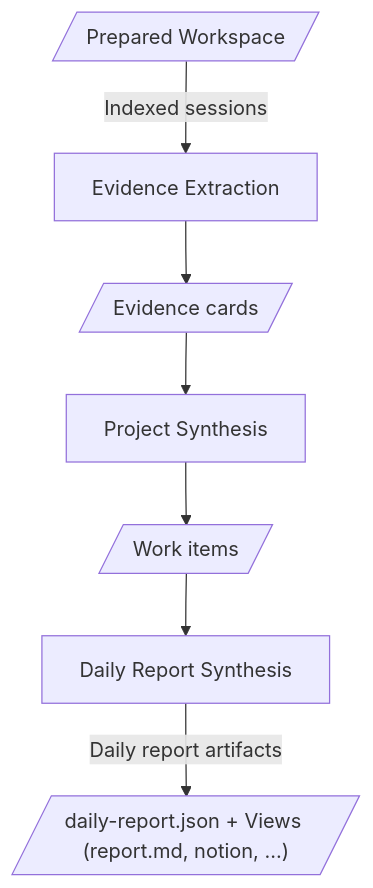
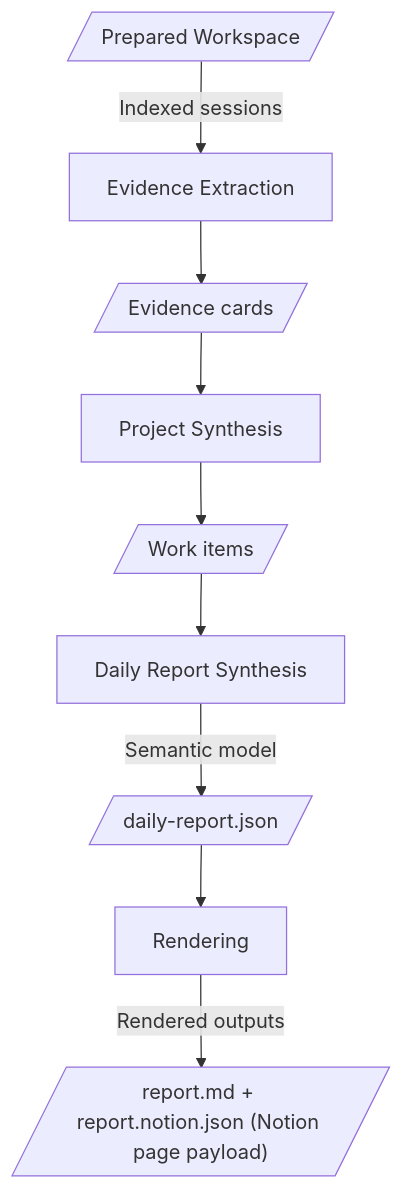
Before and after one commit to OptimalCNC/prompt-diary: the diagram in docs/src/generate/index.md, drawn with Mermaid. The commit also changed other lines of this file and 48 other files, not shown here.

````diff
--- a/docs/src/generate/index.md
+++ b/docs/src/generate/index.md
@@ -49,17 +50,21 @@
 ```mermaid
 flowchart TD
     workspace[/Prepared Workspace/]
     evidence["Evidence Extraction"]
     evidence_cards[/Evidence cards/]
     project["Project Synthesis"]
     work_items[/Work items/]
     report["Daily Report Synthesis"]
-    final[/"daily-report.json + Views (report.md, notion, ...)"/]
+    model[/"daily-report.json"/]
+    rendering["Rendering"]
+    final[/"report.md + report.notion.json (Notion page payload)"/]
 
     workspace -->|"Indexed sessions"| evidence
     evidence --> evidence_cards
     evidence_cards --> project
     project --> work_items
     work_items --> report
-    report -->|"Daily report artifacts"| final
+    report -->|"Semantic model"| model
+    model --> rendering
+    rendering -->|"Rendered outputs"| final
 ```
````
